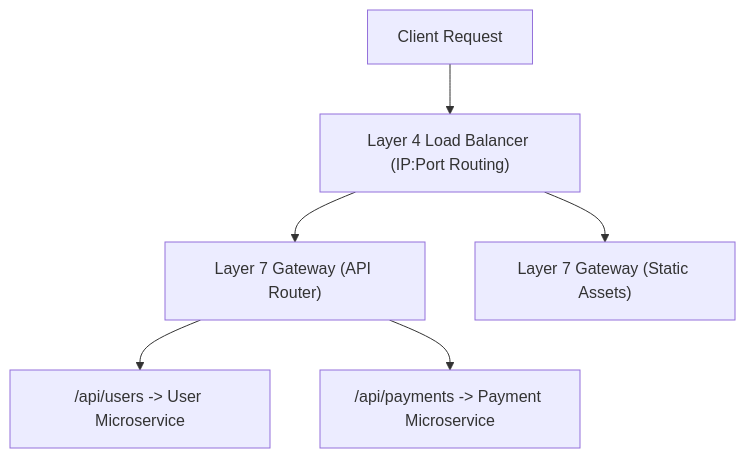
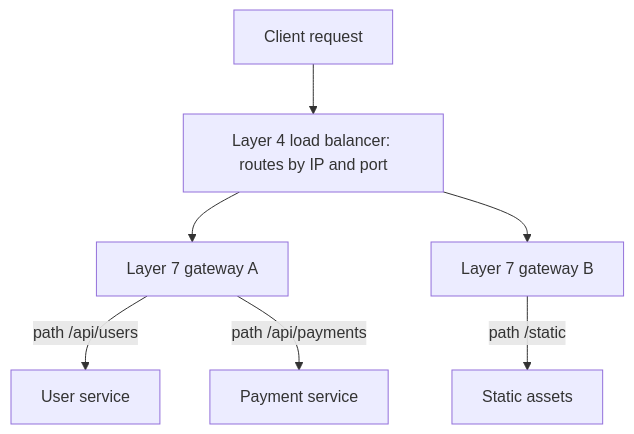
Diagram 14 of 42 in README.md (TheLearningHubOrg/learn-system-design), drawn with Mermaid before and after one commit. The commit also changed other lines of this file and 37 other files, not shown here.

````diff
--- a/README.md
+++ b/README.md
@@ -197,8 +1058,9 @@
 ```mermaid
 flowchart TD
-    Client["Client Request"] --> L4["Layer 4 Load Balancer (IP:Port Routing)"]
-    L4 --> L7A["Layer 7 Gateway (API Router)"]
-    L4 --> L7B["Layer 7 Gateway (Static Assets)"]
-    L7A --> SvcUser["/api/users -> User Microservice"]
-    L7A --> SvcPay["/api/payments -> Payment Microservice"]
+    Client["Client request"] --> L4["Layer 4 load balancer: routes by IP and port"]
+    L4 --> L7A["Layer 7 gateway A"]
+    L4 --> L7B["Layer 7 gateway B"]
+    L7A -->|"path /api/users"| SvcUser["User service"]
+    L7A -->|"path /api/payments"| SvcPay["Payment service"]
+    L7B -->|"path /static"| SvcStatic["Static assets"]
 ```
````
